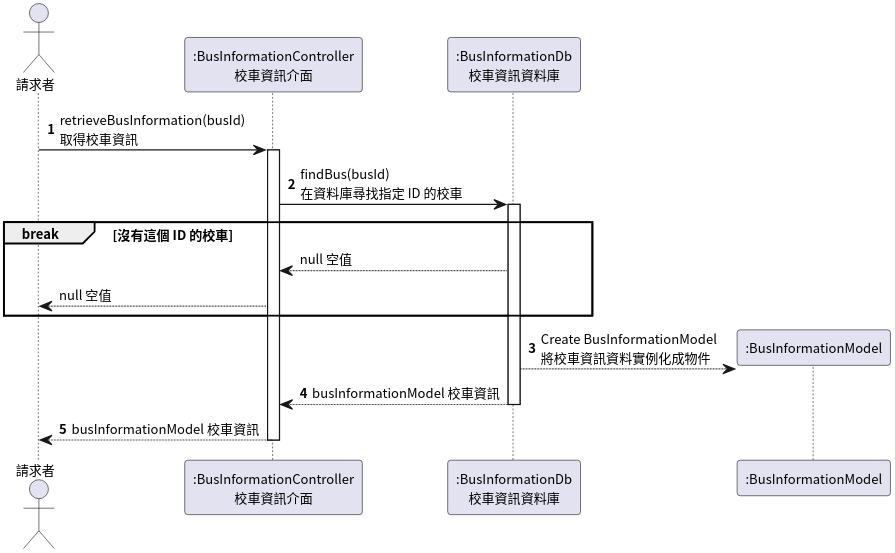
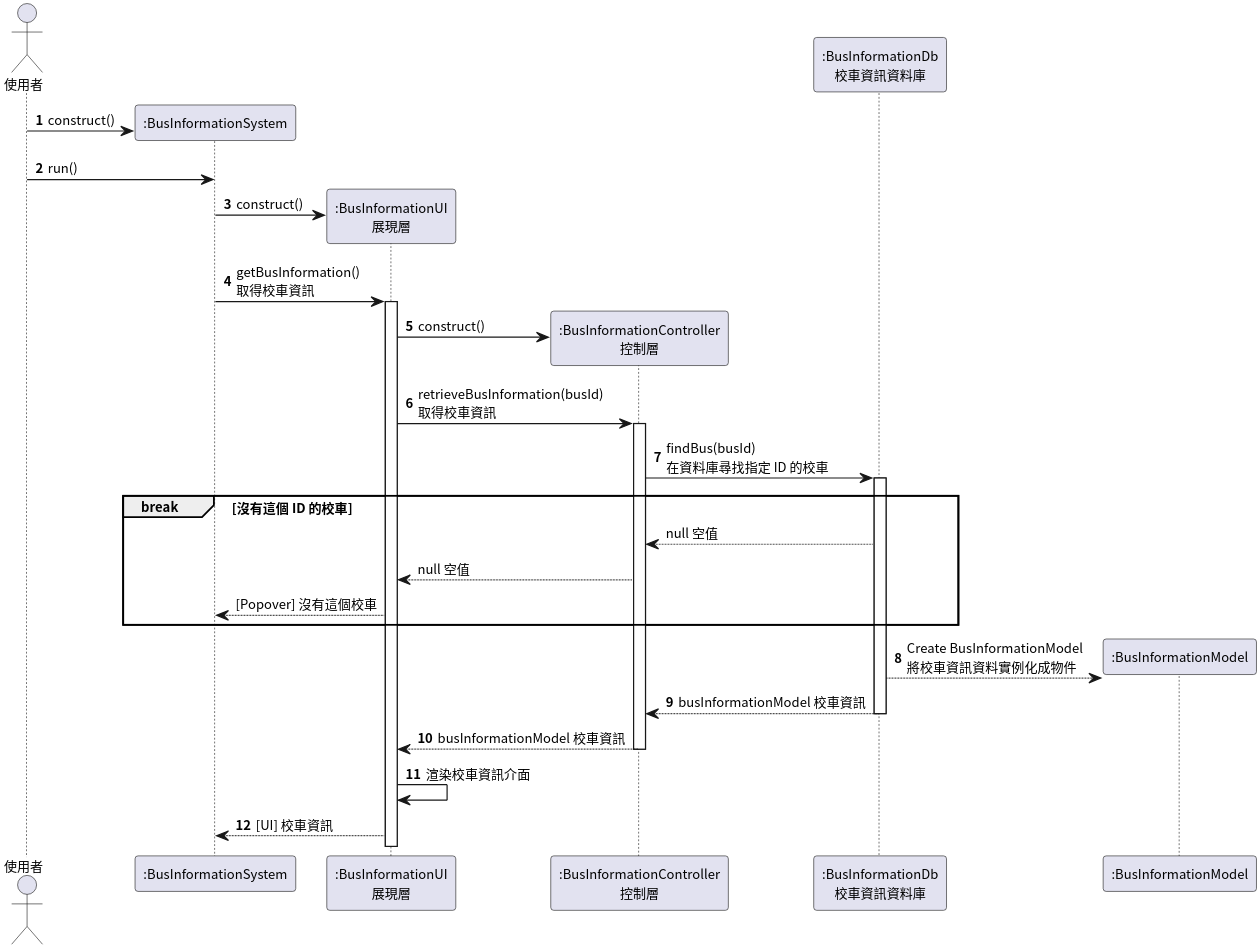
One commit to pan93412/nkust-homework changed the sixth of 6 diagrams in semester-4/system-analysis/localized/sequence-diagram.plantuml. Above: the diagram before and after it, drawn with PlantUML. The commit also changed other lines of this file and 2 other files, not shown here.

Commit message:
s4: system-analysis: class-diagram: Clean up

```diff
--- a/semester-4/system-analysis/localized/sequence-diagram.plantuml
+++ b/semester-4/system-analysis/localized/sequence-diagram.plantuml
@@ -181,29 +262,44 @@
 @startuml BusInformationRetrieve
 
 autonumber
 skinparam dpi 300
 skinparam linetype ortho
 skinparam defaultFontSize 11
 skinparam defaultFontName "Noto Sans CJK TC"
 
-actor Requester as "請求者"
-participant BusInformationController as ":BusInformationController\n校車資訊介面"
+actor Requester as "使用者"
+participant BusInformationSystem as ":BusInformationSystem"
+participant BusInformationUI as ":BusInformationUI\n展現層"
+participant BusInformationController as ":BusInformationController\n控制層"
 participant BusInformationDb as ":BusInformationDb\n校車資訊資料庫"
 
-Requester -> BusInformationController ++: retrieveBusInformation(busId)\n取得校車資訊
+Requester -> BusInformationSystem **: construct()
+Requester -> BusInformationSystem: run()
+
+BusInformationSystem -> BusInformationUI **: construct()
+BusInformationSystem -> BusInformationUI ++: getBusInformation()\n取得校車資訊
+
+BusInformationUI -> BusInformationController **: construct()
+BusInformationUI -> BusInformationController ++: retrieveBusInformation(busId)\n取得校車資訊
+
 BusInformationController -> BusInformationDb++: findBus(busId)\n在資料庫尋找指定 ID 的校車
 
 break 沒有這個 ID 的校車
     autonumber stop
     BusInformationController <-- BusInformationDb: null 空值
-    Requester <-- BusInformationController: null 空值
+    BusInformationUI <-- BusInformationController: null 空值
+    BusInformationSystem <-- BusInformationUI: [Popover] 沒有這個校車
 end
 
 autonumber resume
 create participant BusInformationModel as ":BusInformationModel"
 BusInformationDb --> BusInformationModel: Create BusInformationModel\n將校車資訊資料實例化成物件
 return busInformationModel 校車資訊
 
 return busInformationModel 校車資訊
 
+BusInformationUI -> BusInformationUI: 渲染校車資訊介面
+
+BusInformationSystem <-- BusInformationUI: [UI] 校車資訊
+
 @enduml
```
